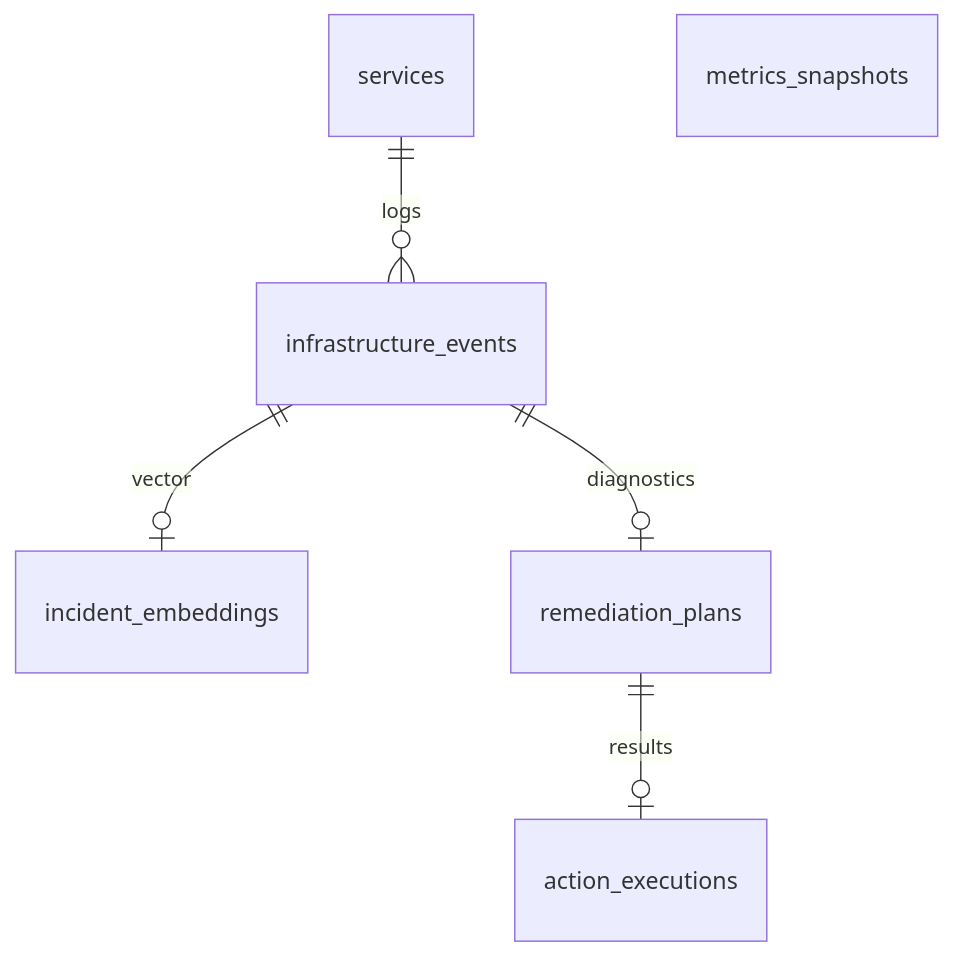
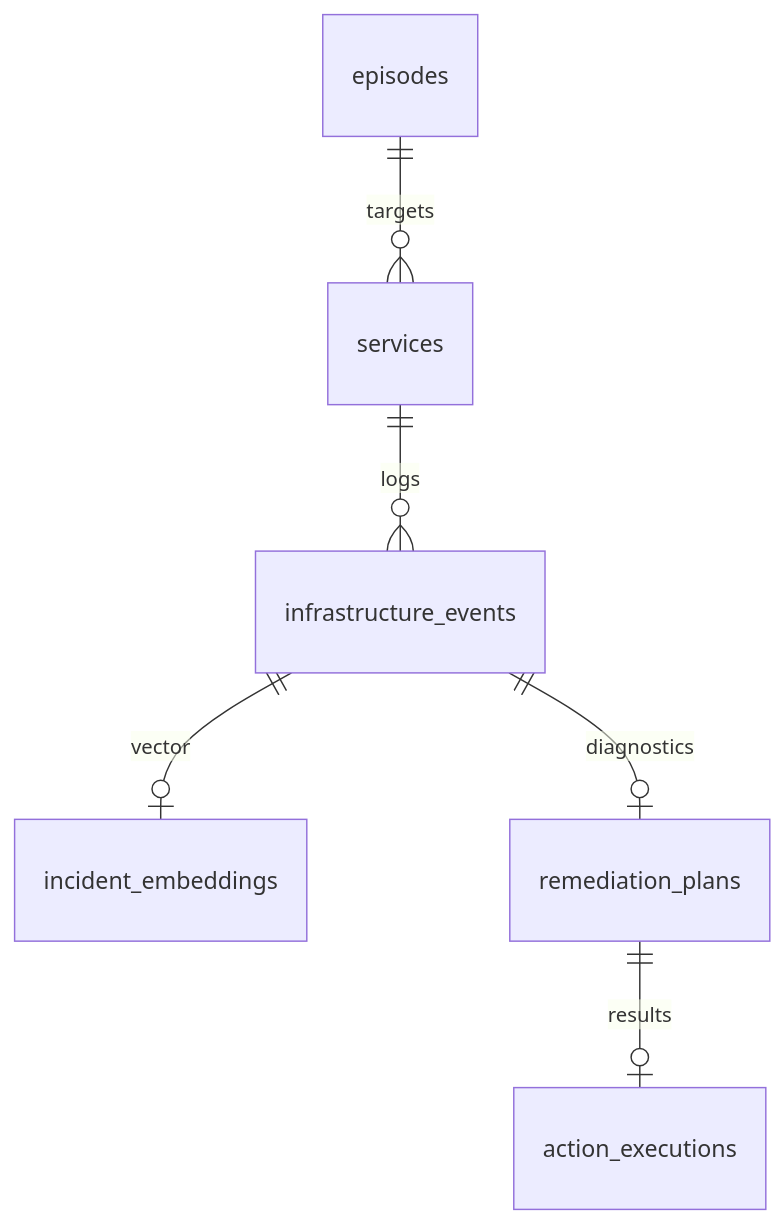
The diagram in architecture.md (Tusharxhub/aegis), drawn with Mermaid before and after one commit. The commit also changed other lines of this file and 19 other files, not shown here.

````diff
--- a/architecture.md
+++ b/architecture.md
@@ -62,8 +62,8 @@
 ```mermaid
 erDiagram
     services ||--o{ infrastructure_events : logs
     infrastructure_events ||--o| incident_embeddings : vector
     infrastructure_events ||--o| remediation_plans : diagnostics
     remediation_plans ||--o| action_executions : results
-    metrics_snapshots
+    episodes ||--o{ services : targets
 ```
````
